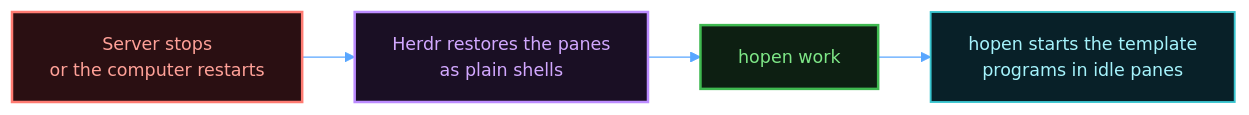
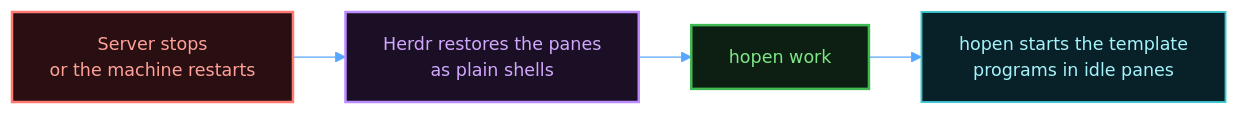
One commit to MussaCharles/herdspace changed the second of 2 diagrams in docs/templates.md. Above: the diagram before and after it, drawn with Mermaid. The commit also changed 18 other files, not shown here.

````diff
--- a/docs/templates.md
+++ b/docs/templates.md
@@ -130,20 +130,20 @@
 ```mermaid
 %%{init: {'theme': 'base', 'themeVariables': {
   'fontFamily': 'Menlo, Consolas, Courier New, monospace', 'fontSize': '14px',
   'primaryColor': '#0d1117', 'primaryTextColor': '#e6edf3', 'primaryBorderColor': '#3fb950',
   'textColor': '#e6edf3', 'lineColor': '#58a6ff', 'secondaryColor': '#161b22', 'tertiaryColor': '#0d1117',
   'edgeLabelBackground': '#0b0f14', 'clusterBkg': '#0b0f14', 'clusterBorder': '#30363d', 'titleColor': '#d2a8ff',
   'actorBkg': '#0d1f12', 'actorBorder': '#3fb950', 'actorTextColor': '#7ee787', 'actorLineColor': '#30363d',
   'signalColor': '#58a6ff', 'signalTextColor': '#e6edf3', 'sequenceNumberColor': '#0b0f14'
 }, 'flowchart': {'curve': 'basis', 'nodeSpacing': 34, 'rankSpacing': 42, 'wrappingWidth': 340}}}%%
 flowchart LR
   classDef cmd fill:#0d1f12,stroke:#3fb950,stroke-width:2px,color:#7ee787
   classDef step fill:#0d1117,stroke:#58a6ff,stroke-width:1.5px,color:#c9e1ff
   classDef ask fill:#2a2000,stroke:#e3b341,stroke-width:2px,color:#f2cc60
   classDef host fill:#1a0f24,stroke:#bc8cff,stroke-width:2px,color:#d2a8ff
   classDef data fill:#082028,stroke:#39c5cf,stroke-width:1.5px,color:#a5f3fc
   classDef stop fill:#2a0f12,stroke:#ff7b72,stroke-width:2px,color:#ffa198
-  stop["Server stops<br/>or the computer restarts"]:::stop --> back["Herdr restores the panes<br/>as plain shells"]:::host
+  stop["Server stops<br/>or the machine restarts"]:::stop --> back["Herdr restores the panes<br/>as plain shells"]:::host
   back --> hopen["hopen work"]:::cmd
   hopen --> again["hopen starts the template<br/>programs in idle panes"]:::data
 ```
````
